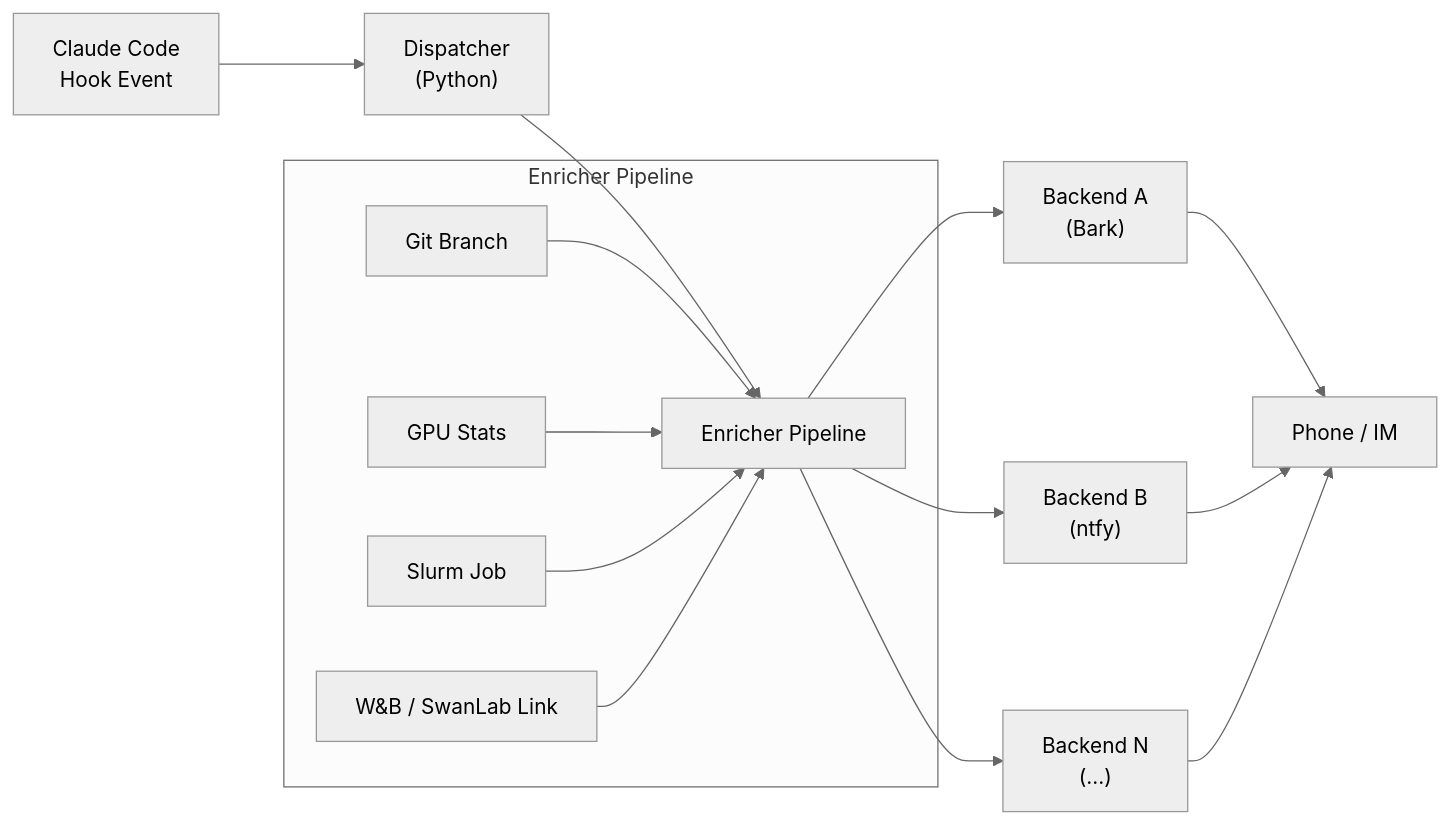
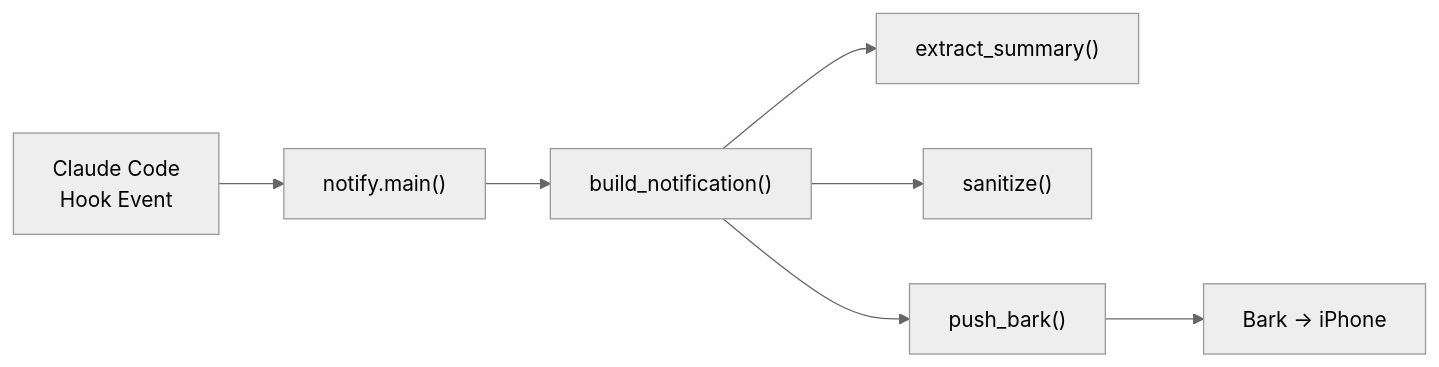
The diagram in docs/DESIGN.md (PhilharmyWang/ccbell), drawn with Mermaid (neutral theme) before and after one commit. The commit also changed other lines of this file and 24 other files, not shown here.

````diff
--- a/docs/DESIGN.md
+++ b/docs/DESIGN.md
@@ -22,18 +28,9 @@
 ```mermaid
 flowchart LR
-    A["Claude Code\nHook Event"] --> B["Dispatcher\n(Python)"]
-    B --> C["Enricher Pipeline"]
-    C --> D["Backend A\n(Bark)"]
-    C --> E["Backend B\n(ntfy)"]
-    C --> F["Backend N\n(...)"]
-    D --> G["Phone / IM"]
-    E --> G
-    F --> G
-
-    subgraph "Enricher Pipeline"
-        C1["Git Branch"] --> C
-        C2["GPU Stats"] --> C
-        C3["Slurm Job"] --> C
-        C4["W&B / SwanLab Link"] --> C
-    end
+    A["Claude Code\nHook Event"] --> B["notify.main()"]
+    B --> C["build_notification()"]
+    C --> D["extract_summary()"]
+    C --> E["sanitize()"]
+    C --> F["push_bark()"]
+    F --> G["Bark → iPhone"]
 ```
````
